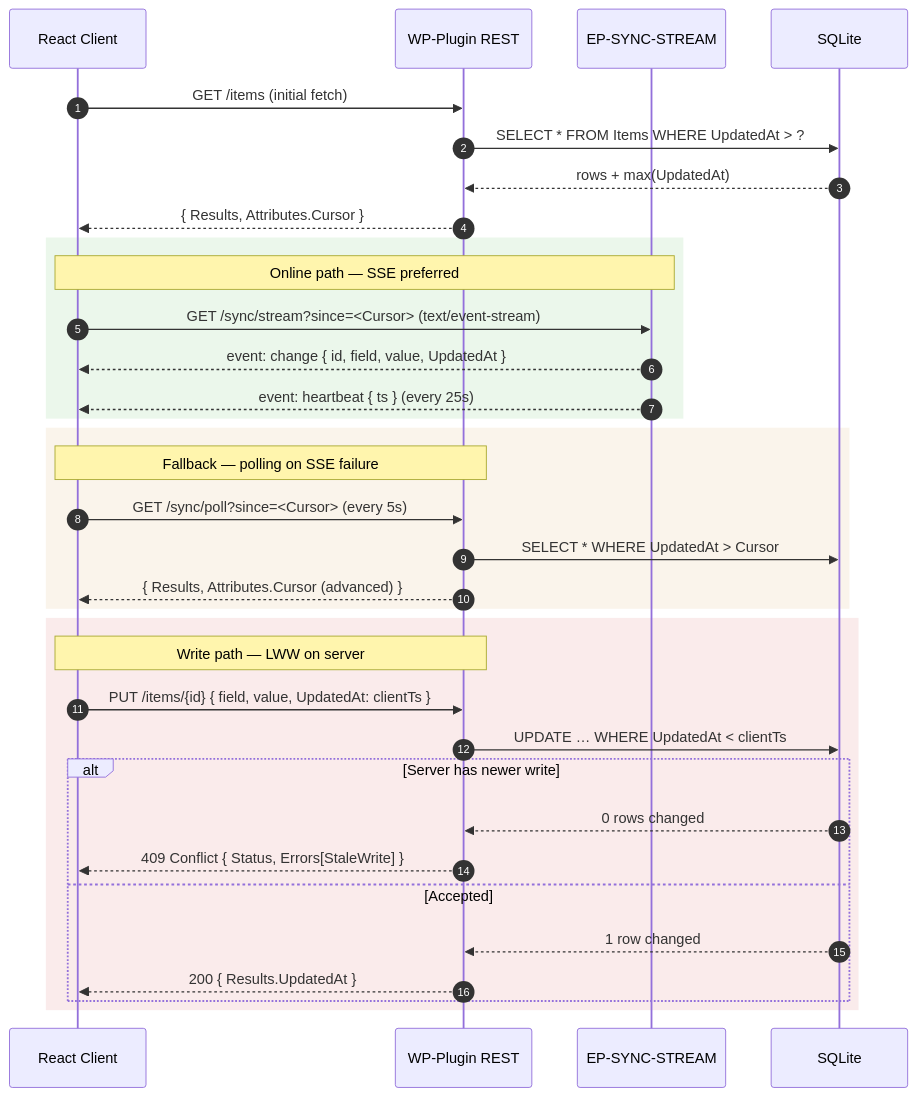
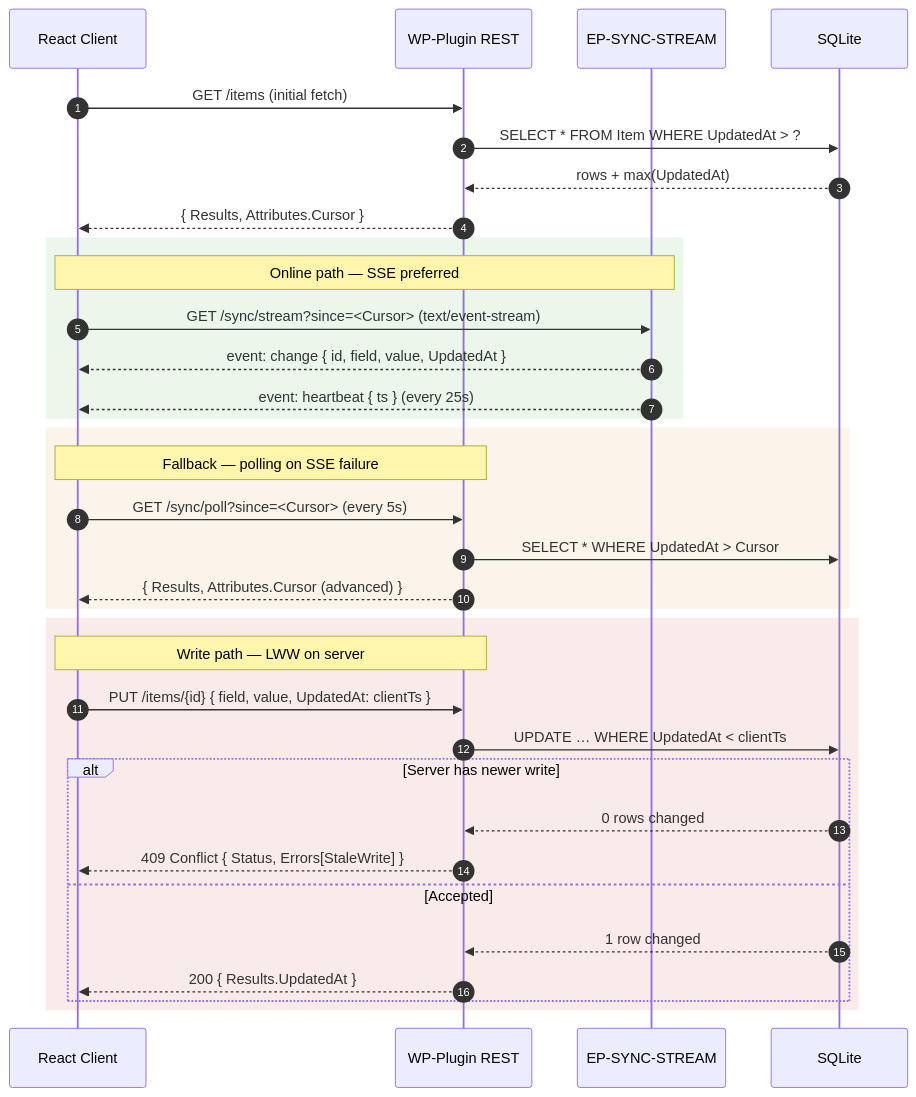
One commit to alimtvnetwork/workflowy-v3 changed the diagram in spec/31-app/01-features/14-concurrency-and-sync.md. Above: the diagram before and after it, drawn with Mermaid. The commit also changed 15 other files, not shown here.

````diff
--- a/spec/31-app/01-features/14-concurrency-and-sync.md
+++ b/spec/31-app/01-features/14-concurrency-and-sync.md
@@ -305,40 +305,40 @@
 ```mermaid
 sequenceDiagram
     autonumber
     participant Client as React Client
     participant API as WP-Plugin REST
     participant SSE as EP-SYNC-STREAM
     participant DB as SQLite
 
     Client->>API: GET /items (initial fetch)
-    API->>DB: SELECT * FROM Items WHERE UpdatedAt > ?
+    API->>DB: SELECT * FROM Item WHERE UpdatedAt > ?
     DB-->>API: rows + max(UpdatedAt)
     API-->>Client: { Results, Attributes.Cursor }
 
     rect rgba(120, 200, 120, 0.15)
         note over Client,SSE: Online path — SSE preferred
         Client->>SSE: GET /sync/stream?since=<Cursor> (text/event-stream)
         SSE-->>Client: event: change { id, field, value, UpdatedAt }
         SSE-->>Client: event: heartbeat { ts } (every 25s)
     end
 
     rect rgba(220, 180, 120, 0.15)
         note over Client,API: Fallback — polling on SSE failure
         Client->>API: GET /sync/poll?since=<Cursor> (every 5s)
         API->>DB: SELECT * WHERE UpdatedAt > Cursor
         API-->>Client: { Results, Attributes.Cursor (advanced) }
     end
 
     rect rgba(220, 120, 120, 0.15)
         note over Client,API: Write path — LWW on server
         Client->>API: PUT /items/{id} { field, value, UpdatedAt: clientTs }
         API->>DB: UPDATE … WHERE UpdatedAt < clientTs
         alt Server has newer write
             DB-->>API: 0 rows changed
             API-->>Client: 409 Conflict { Status, Errors[StaleWrite] }
         else Accepted
             DB-->>API: 1 row changed
             API-->>Client: 200 { Results.UpdatedAt }
         end
     end
 ```
````
